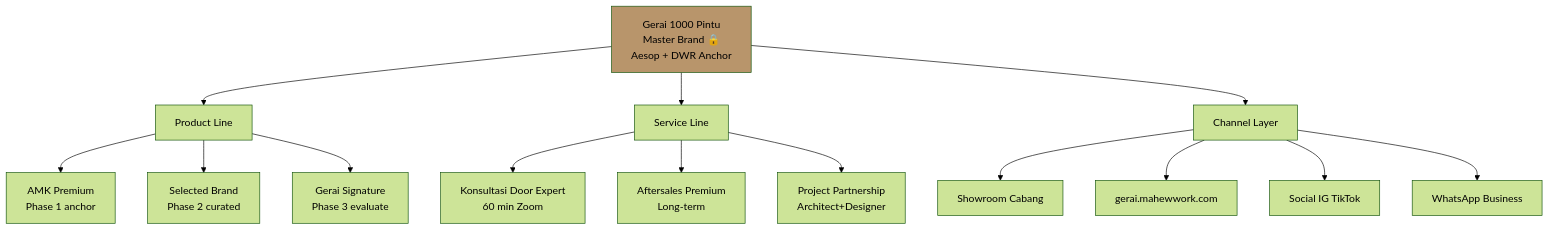
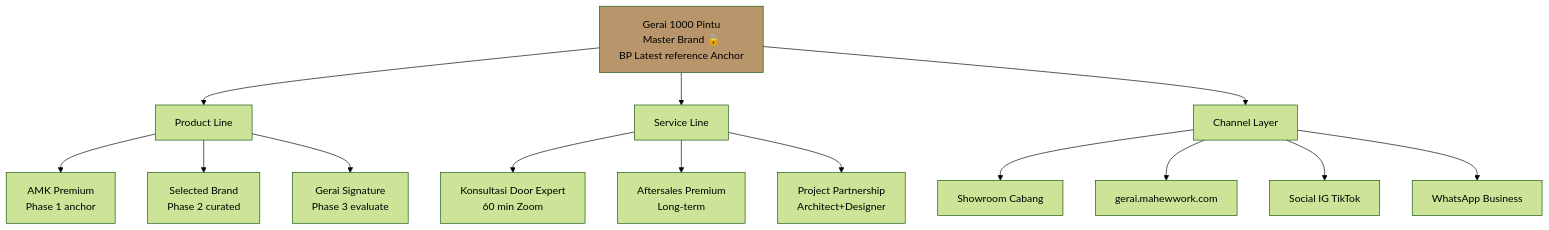
One commit to MahewAi/Mahew changed the eighth of 15 diagrams in librechat-deploy/skills/atmaja/architectural-model.md. Above: the diagram before and after it, drawn with Mermaid (forest theme). The commit also changed other lines of this file and 80 other files, not shown here.

````diff
--- a/librechat-deploy/skills/atmaja/architectural-model.md
+++ b/librechat-deploy/skills/atmaja/architectural-model.md
@@ -254,23 +254,23 @@
 ```mermaid
 flowchart TD
-    Master[Gerai 1000 Pintu<br/>Master Brand 🔒<br/>Aesop + DWR Anchor]
+    Master[Gerai 1000 Pintu<br/>Master Brand 🔒<br/>BP Latest reference Anchor]
     
     Master --> Product[Product Line]
     Master --> Service[Service Line]
     Master --> Channel[Channel Layer]
     
     Product --> P1[AMK Premium<br/>Phase 1 anchor]
     Product --> P2[Selected Brand<br/>Phase 2 curated]
     Product --> P3[Gerai Signature<br/>Phase 3 evaluate]
     
     Service --> S1[Konsultasi Door Expert<br/>60 min Zoom]
     Service --> S2[Aftersales Premium<br/>Long-term]
     Service --> S3[Project Partnership<br/>Architect+Designer]
     
     Channel --> C1[Showroom Cabang]
     Channel --> C2[gerai.mahewwork.com]
     Channel --> C3[Social IG TikTok]
     Channel --> C4[WhatsApp Business]
     
     style Master fill:#B8956B
 ```
````
